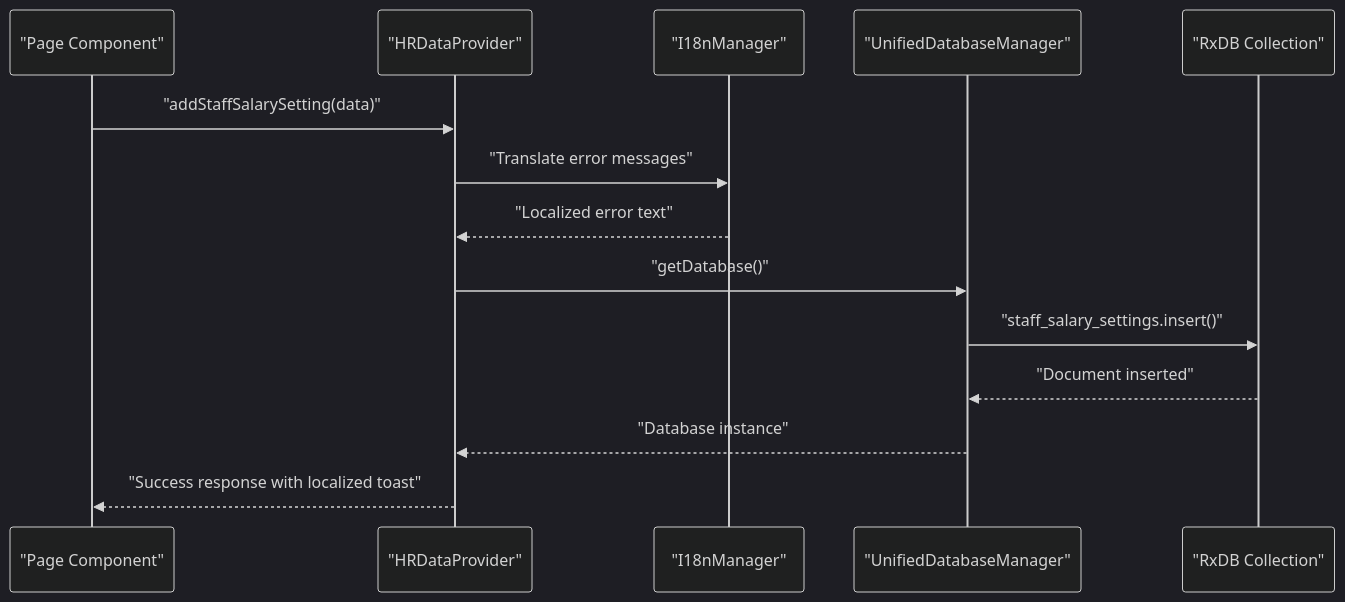
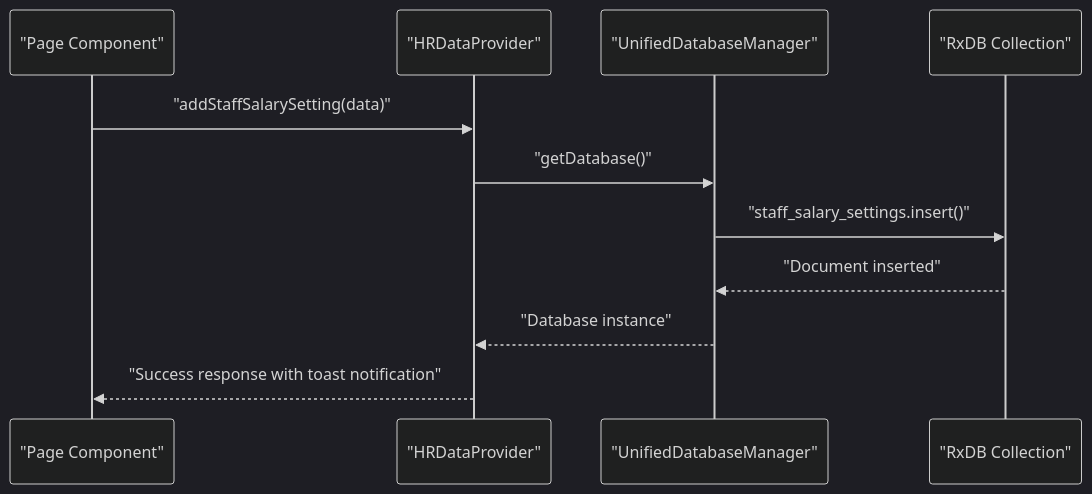
One commit to geniusdynamics/schoolpilot changed the third of 11 diagrams in .qoder/repowiki/en/content/Modules System/HR Module.md. Above: the diagram before and after it, drawn with Mermaid (dark theme). The commit also changed other lines of this file and 311 other files, not shown here.

````diff
--- a/.qoder/repowiki/en/content/Modules System/HR Module.md
+++ b/.qoder/repowiki/en/content/Modules System/HR Module.md
@@ -326,16 +146,13 @@
 ```mermaid
 sequenceDiagram
 participant UI as "Page Component"
 participant Facade as "HRDataProvider"
-participant I18n as "I18nManager"
 participant DB as "UnifiedDatabaseManager"
 participant Collection as "RxDB Collection"
 UI->>Facade : "addStaffSalarySetting(data)"
-Facade->>I18n : "Translate error messages"
-I18n-->>Facade : "Localized error text"
 Facade->>DB : "getDatabase()"
 DB->>Collection : "staff_salary_settings.insert()"
 Collection-->>DB : "Document inserted"
 DB-->>Facade : "Database instance"
-Facade-->>UI : "Success response with localized toast"
+Facade-->>UI : "Success response with toast notification"
 ```
````
